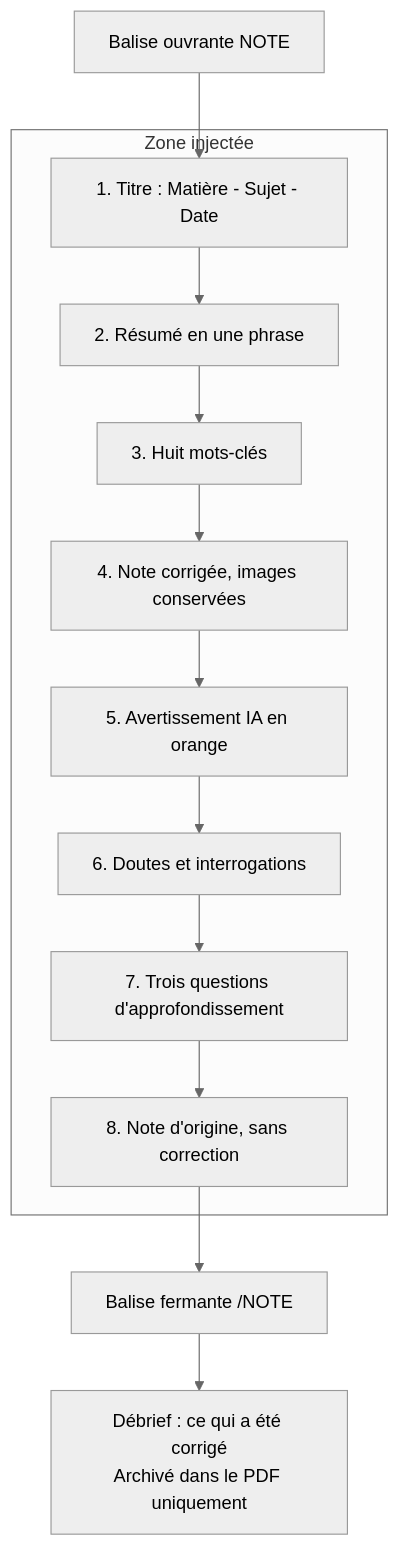
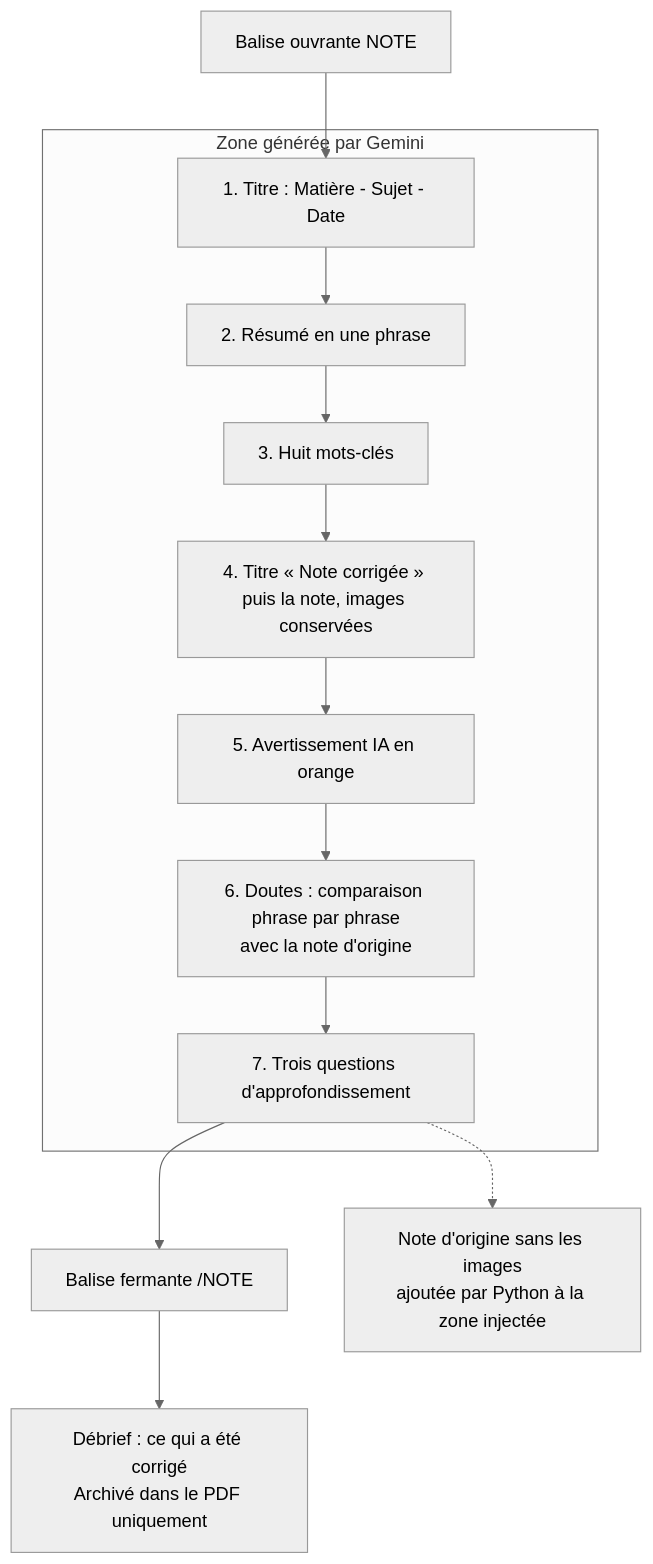
One commit to lecinquiemejour-code/PromptoDYS_app changed the fifth of 8 diagrams in doc/WORKFLOW_GEMINI.md. Above: the diagram before and after it, drawn with Mermaid (neutral theme). The commit also changed other lines of this file and 3 other files, not shown here.

````diff
--- a/doc/WORKFLOW_GEMINI.md
+++ b/doc/WORKFLOW_GEMINI.md
@@ -176,17 +193,18 @@
 ```mermaid
 flowchart TB
     OPEN["Balise ouvrante NOTE"]
-    subgraph NOTE["Zone injectée"]
+    subgraph NOTE["Zone générée par Gemini"]
         S1["1. Titre : Matière - Sujet - Date"] --> S2["2. Résumé en une phrase"]
         S2 --> S3["3. Huit mots-clés"]
-        S3 --> S4["4. Note corrigée, images conservées"]
+        S3 --> S4["4. Titre « Note corrigée » puis la note, images conservées"]
         S4 --> S5["5. Avertissement IA en orange"]
-        S5 --> S6["6. Doutes et interrogations"]
+        S5 --> S6["6. Doutes : comparaison phrase par phrase<br/>avec la note d'origine"]
         S6 --> S7["7. Trois questions d'approfondissement"]
-        S7 --> S8["8. Note d'origine, sans correction"]
     end
     CLOSE["Balise fermante /NOTE"]
     DEBRIEF["Débrief : ce qui a été corrigé<br/>Archivé dans le PDF uniquement"]
+    ORIG["Note d'origine sans les images<br/>ajoutée par Python à la zone injectée"]
     OPEN --> S1
-    S8 --> CLOSE --> DEBRIEF
+    S7 --> CLOSE --> DEBRIEF
+    S7 -.-> ORIG
 ```
````
